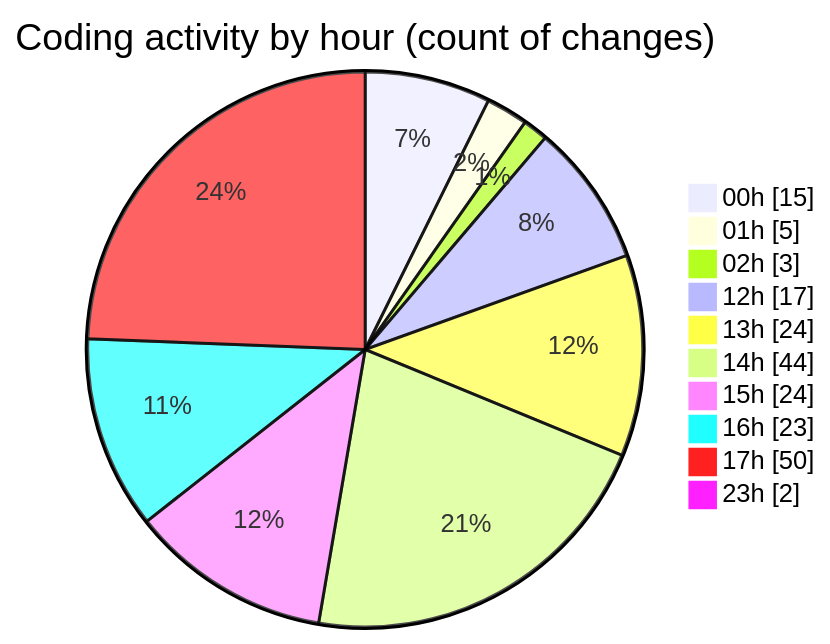
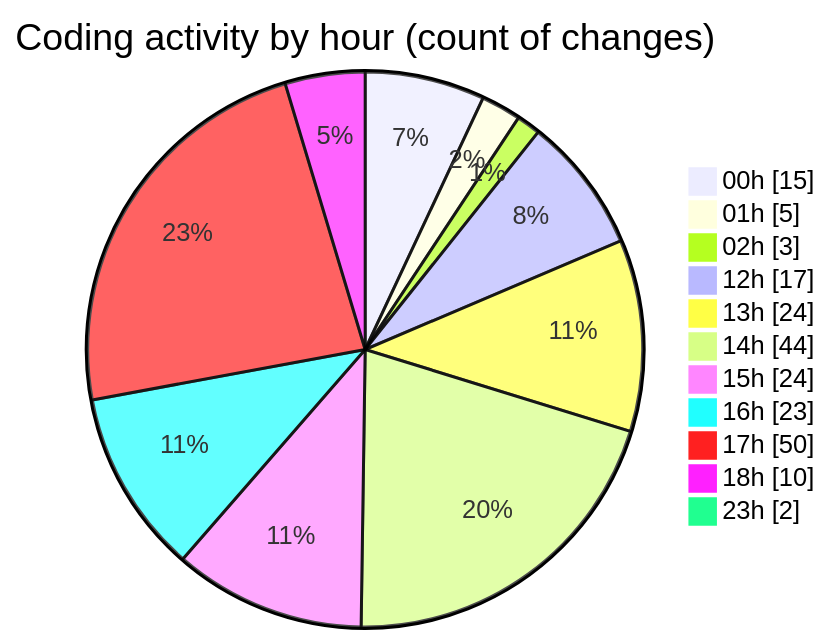
The second of 2 diagrams in 2025-08-13/rentotp/README.md (lephambinh05/code-tracking), drawn with Mermaid before and after one commit. The commit also changed other lines of this file and 1 other file, not shown here.

````diff
--- a/2025-08-13/rentotp/README.md
+++ b/2025-08-13/rentotp/README.md
@@ -60,14 +60,15 @@
 ```mermaid
 pie showData
 title Coding activity by hour (count of changes)
 "00h" : 15
 "01h" : 5
 "02h" : 3
 "12h" : 17
 "13h" : 24
 "14h" : 44
 "15h" : 24
 "16h" : 23
 "17h" : 50
+"18h" : 10
 "23h" : 2
 ```
````
